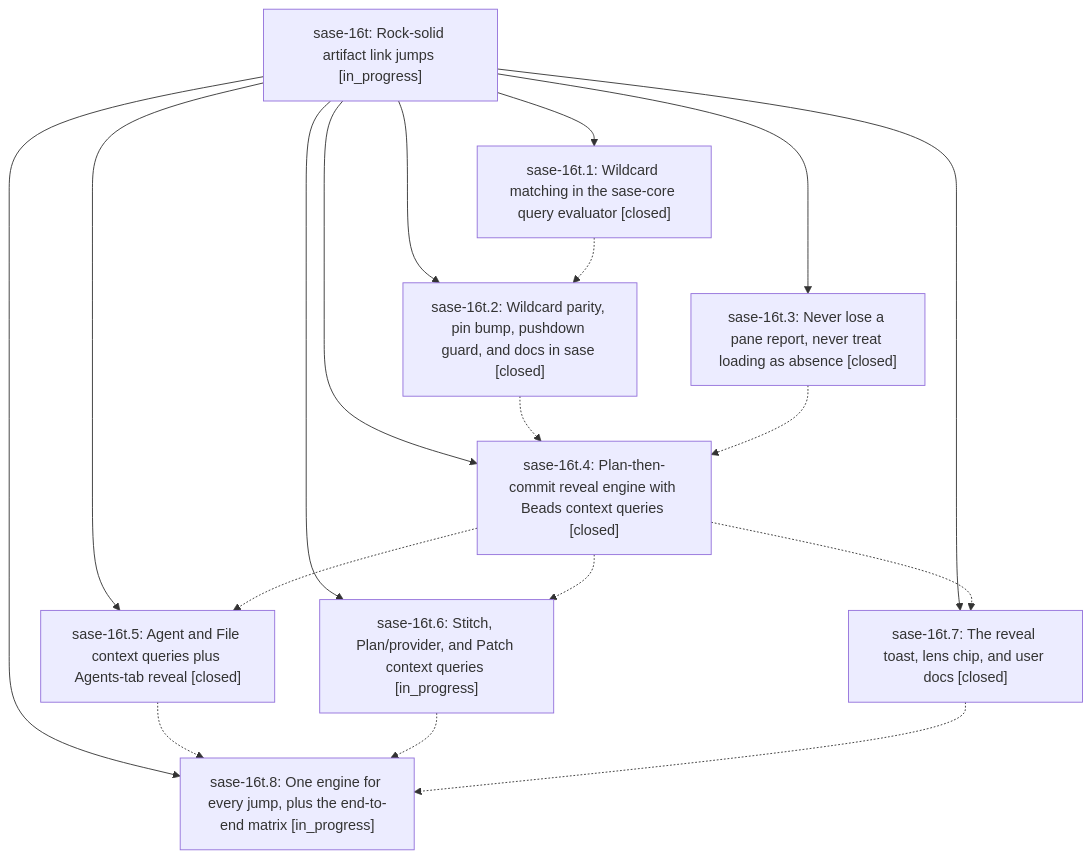
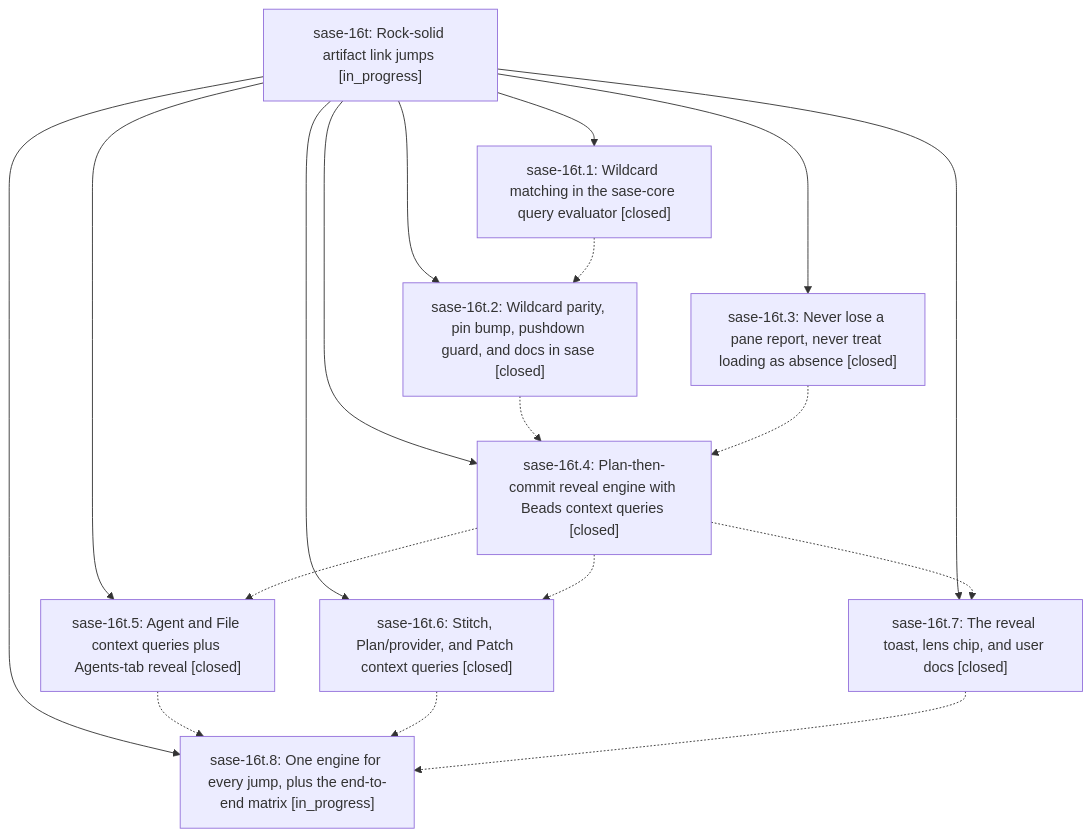
The diagram in pages/sase-16t/README.md (sase-org/sase--beads), drawn with Mermaid before and after one commit. The commit also changed other lines of this file and 5 other files, not shown here.

````diff
--- a/pages/sase-16t/README.md
+++ b/pages/sase-16t/README.md
@@ -29,29 +29,29 @@
 ```mermaid
 flowchart TD
     n0["sase-16t: Rock-solid artifact link jumps [in_progress]"]
     n1["sase-16t.1: Wildcard matching in the sase-core query evaluator [closed]"]
     n2["sase-16t.2: Wildcard parity, pin bump, pushdown guard, and docs in sase [closed]"]
     n3["sase-16t.3: Never lose a pane report, never treat loading as absence [closed]"]
     n4["sase-16t.4: Plan-then-commit reveal engine with Beads context queries [closed]"]
     n5["sase-16t.5: Agent and File context queries plus Agents-tab reveal [closed]"]
-    n6["sase-16t.6: Stitch, Plan/provider, and Patch context queries [in_progress]"]
+    n6["sase-16t.6: Stitch, Plan/provider, and Patch context queries [closed]"]
     n7["sase-16t.7: The reveal toast, lens chip, and user docs [closed]"]
     n8["sase-16t.8: One engine for every jump, plus the end-to-end matrix [in_progress]"]
     n0 --> n1
     n0 --> n2
     n0 --> n3
     n0 --> n4
     n0 --> n5
     n0 --> n6
     n0 --> n7
     n0 --> n8
     n1 -.-> n2
     n2 -.-> n4
     n3 -.-> n4
     n4 -.-> n5
     n4 -.-> n6
     n4 -.-> n7
     n5 -.-> n8
     n6 -.-> n8
     n7 -.-> n8
 ```
````
